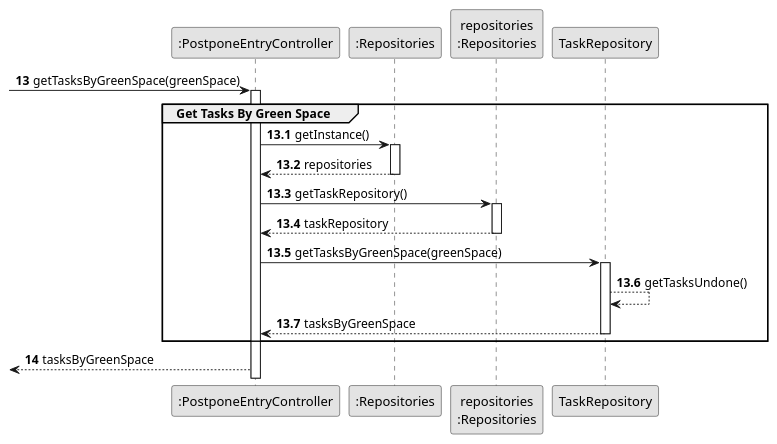
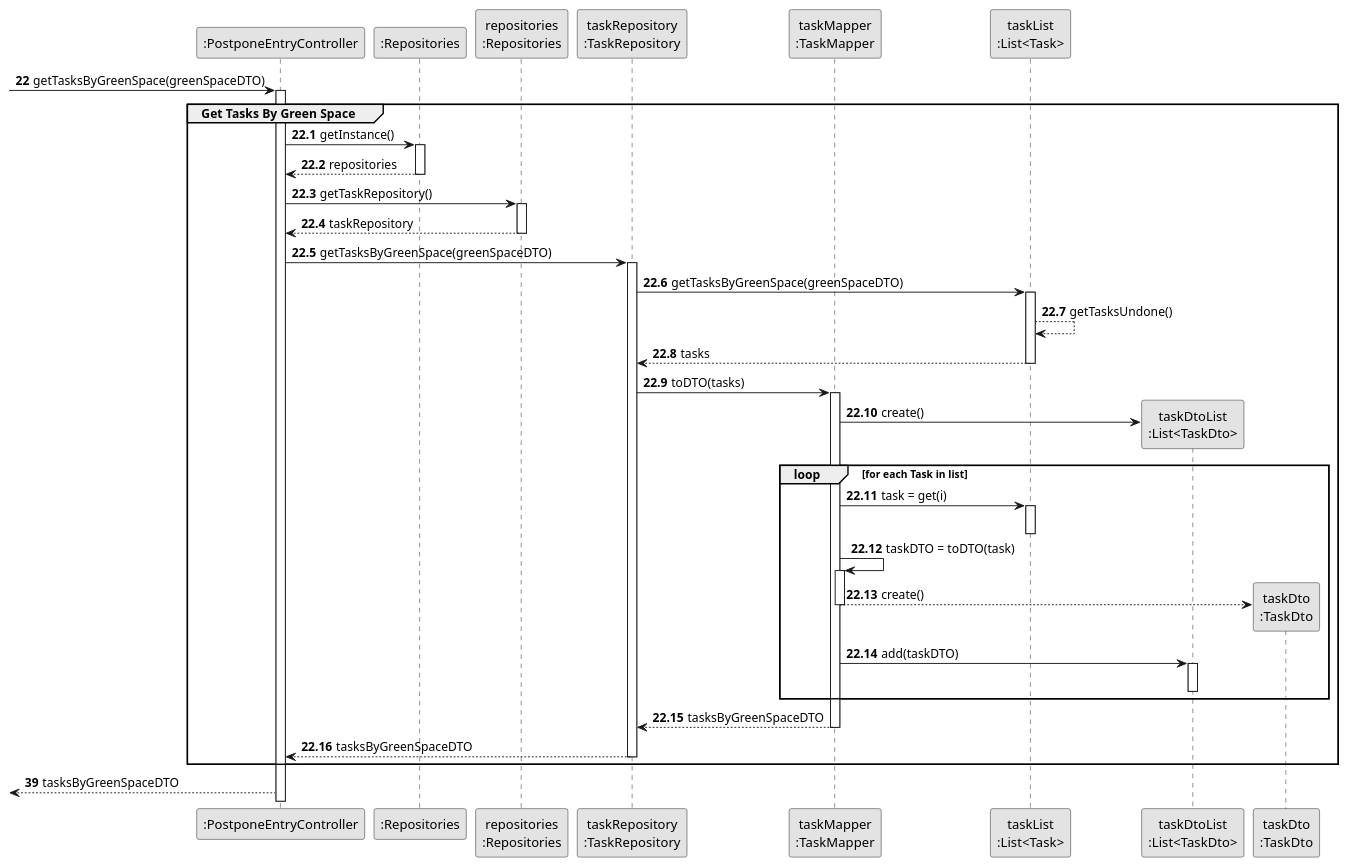
The diagram in docs/sprintC/us024/03.design/puml/us024-sequence-diagram-partial-get-tasks-by-green-space.puml (Departamento-de-Engenharia-Informatica/lei-24-s2-1dm-g132), drawn with PlantUML before and after one commit. The commit also changed 3 other files, not shown here.

Commit message:
US24 added DTOs to sequence diagrams

```diff
--- a/docs/sprintC/us024/03.design/puml/us024-sequence-diagram-partial-get-tasks-by-green-space.puml
+++ b/docs/sprintC/us024/03.design/puml/us024-sequence-diagram-partial-get-tasks-by-green-space.puml
@@ -1,42 +1,79 @@
 @startuml
 skinparam monochrome true
 skinparam packageStyle rectangle
 skinparam shadowing false
 
 participant ":PostponeEntryController" as CTRL
 participant ":Repositories" as RepositorySingleton
 participant "repositories\n:Repositories" as PLAT
-participant "TaskRepository" as TaskRepository
+participant "taskRepository\n:TaskRepository" as TaskRepository
+participant "taskMapper\n:TaskMapper" as TaskMapper
+participant "taskList\n:List<Task>" as TaskList
+participant "taskDtoList\n:List<TaskDto>" as TaskDtoList
+participant "taskDto\n:TaskDto" as TaskDto
 
-autonumber 13
--> CTRL : getTasksByGreenSpace(greenSpace)
+autonumber 22
+-> CTRL : getTasksByGreenSpace(greenSpaceDTO)
 
-autonumber 13.1
+autonumber 22.1
 
 activate CTRL
     group Get Tasks By Green Space
            CTRL -> RepositorySingleton : getInstance()
            activate RepositorySingleton
 
            RepositorySingleton --> CTRL: repositories
            deactivate RepositorySingleton
 
            CTRL -> PLAT : getTaskRepository()
            activate PLAT
 
            PLAT --> CTRL: taskRepository
            deactivate PLAT
 
-           CTRL -> TaskRepository : getTasksByGreenSpace(greenSpace)
+           CTRL -> TaskRepository : getTasksByGreenSpace(greenSpaceDTO)
            activate TaskRepository
 
-           TaskRepository --> TaskRepository : getTasksUndone()
+           TaskRepository -> TaskList : getTasksByGreenSpace(greenSpaceDTO)
+           activate TaskList
 
-           TaskRepository --> CTRL : tasksByGreenSpace
+           TaskList --> TaskList : getTasksUndone()
+
+           TaskList --> TaskRepository : tasks
+           deactivate TaskList
+
+           TaskRepository -> TaskMapper : toDTO(tasks)
+           activate TaskMapper
+
+           TaskMapper -> TaskDtoList ** : create()
+
+           loop for each Task in list
+
+           TaskMapper -> TaskList : task = get(i)
+           activate TaskList
+           deactivate TaskList
+
+           TaskMapper -> TaskMapper : taskDTO = toDTO(task)
+           activate TaskMapper
+
+           TaskMapper --> TaskDto ** : create()
+           deactivate TaskMapper
+
+           TaskMapper -> TaskDtoList : add(taskDTO)
+           activate TaskDtoList
+           deactivate TaskDtoList
+
+
+           end
+           TaskMapper --> TaskRepository : tasksByGreenSpaceDTO
+           deactivate TaskMapper
+
+
+           TaskRepository --> CTRL : tasksByGreenSpaceDTO
            deactivate TaskRepository
 
 end group
-autonumber 14
-<-- CTRL : tasksByGreenSpace
+autonumber 39
+<-- CTRL : tasksByGreenSpaceDTO
 
 @enduml
```
